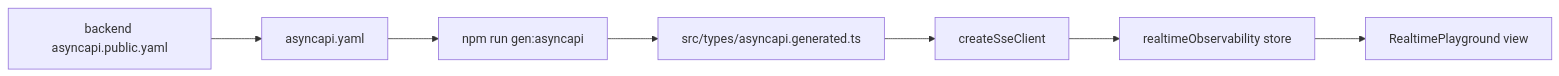
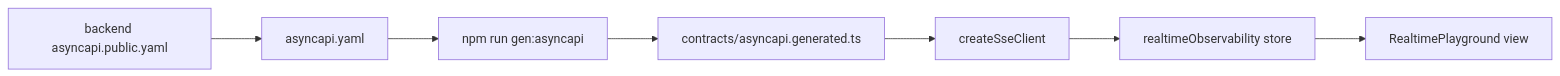
The diagram in docs/api/asyncapi-workflow.md (Guebbit/boilerplate-vue-frontend), drawn with Mermaid before and after one commit. The commit also changed other lines of this file and 31 other files, not shown here.

````diff
--- a/docs/api/asyncapi-workflow.md
+++ b/docs/api/asyncapi-workflow.md
@@ -132,10 +136,10 @@
 ```mermaid
 %%{init: {'flowchart': {'nodeSpacing': 50, 'rankSpacing': 65}}}%%
 flowchart LR
     Backend[backend asyncapi.public.yaml] --> Spec[asyncapi.yaml]
     Spec --> Gen[npm run gen:asyncapi]
-    Gen --> Types[src/types/asyncapi.generated.ts]
+    Gen --> Types[contracts/asyncapi.generated.ts]
     Types --> Clients[createSseClient]
     Clients --> Stores[realtimeObservability store]
     Stores --> View[RealtimePlayground view]
 ```
````
